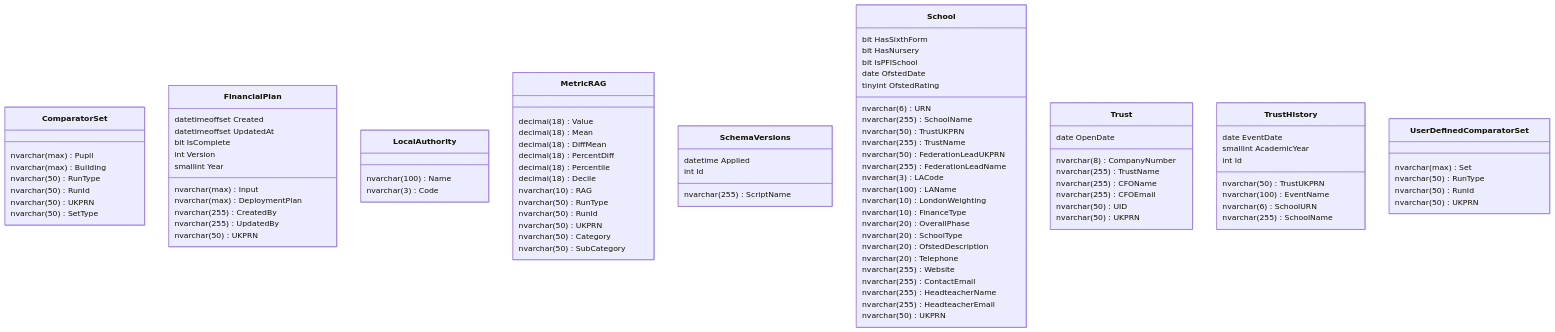
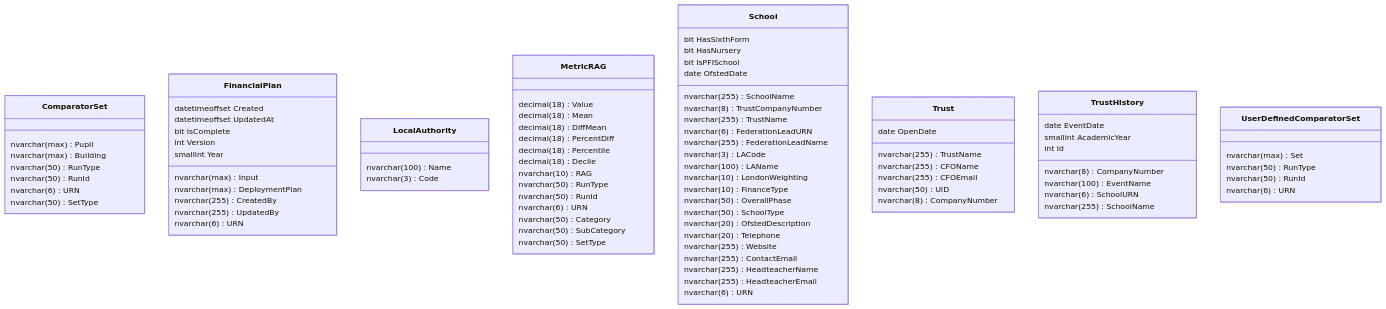
Before and after one commit to DFE-Digital/education-benchmarking-and-insights: the seventh of 7 diagrams in documentation/architecture/10_Data-Processing.md, drawn with Mermaid. The commit also changed other lines of this file, not shown here.

Commit message:
chore: Updating docs to include BFR processing

````diff
--- a/documentation/architecture/10_Data-Processing.md
+++ b/documentation/architecture/10_Data-Processing.md
@@ -457,7 +468,7 @@
    nvarchar(max) Building
    nvarchar(50) RunType
    nvarchar(50) RunId
-   nvarchar(50) UKPRN
+   nvarchar(6) URN
    nvarchar(50) SetType
 }
 class FinancialPlan {
@@ -469,7 +480,7 @@
    nvarchar(255) UpdatedBy
    bit IsComplete
    int Version
-   nvarchar(50) UKPRN
+   nvarchar(6) URN
    smallint Year
 }
 class LocalAuthority {
@@ -486,52 +497,45 @@
    nvarchar(10) RAG
    nvarchar(50) RunType
    nvarchar(50) RunId
-   nvarchar(50) UKPRN
+   nvarchar(6) URN
    nvarchar(50) Category
    nvarchar(50) SubCategory
-}
-class SchemaVersions {
-   nvarchar(255) ScriptName
-   datetime Applied
-   int Id
+   nvarchar(50) SetType
 }
 class School {
-   nvarchar(6) URN
    nvarchar(255) SchoolName
-   nvarchar(50) TrustUKPRN
+   nvarchar(8) TrustCompanyNumber
    nvarchar(255) TrustName
-   nvarchar(50) FederationLeadUKPRN
+   nvarchar(6) FederationLeadURN
    nvarchar(255) FederationLeadName
    nvarchar(3) LACode
    nvarchar(100) LAName
    nvarchar(10) LondonWeighting
    nvarchar(10) FinanceType
-   nvarchar(20) OverallPhase
-   nvarchar(20) SchoolType
+   nvarchar(50) OverallPhase
+   nvarchar(50) SchoolType
    bit HasSixthForm
    bit HasNursery
    bit IsPFISchool
    date OfstedDate
-   tinyint OfstedRating
    nvarchar(20) OfstedDescription
    nvarchar(20) Telephone
    nvarchar(255) Website
    nvarchar(255) ContactEmail
    nvarchar(255) HeadteacherName
    nvarchar(255) HeadteacherEmail
-   nvarchar(50) UKPRN
+   nvarchar(6) URN
 }
 class Trust {
-   nvarchar(8) CompanyNumber
    nvarchar(255) TrustName
    nvarchar(255) CFOName
    nvarchar(255) CFOEmail
    date OpenDate
    nvarchar(50) UID
-   nvarchar(50) UKPRN
+   nvarchar(8) CompanyNumber
 }
 class TrustHistory {
-   nvarchar(50) TrustUKPRN
+   nvarchar(8) CompanyNumber
    date EventDate
    nvarchar(100) EventName
    smallint AcademicYear
@@ -543,8 +547,6 @@
    nvarchar(max) Set
    nvarchar(50) RunType
    nvarchar(50) RunId
-   nvarchar(50) UKPRN
+   nvarchar(6) URN
 }
-
-
 ```
````
